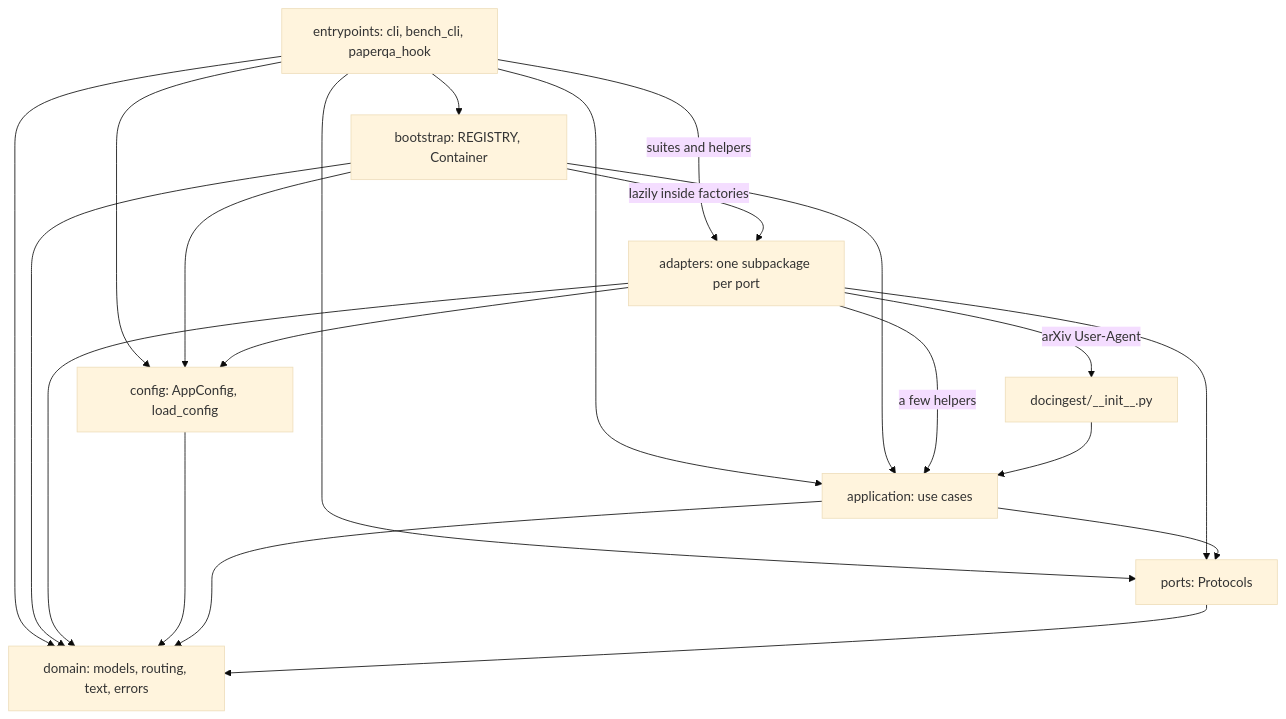
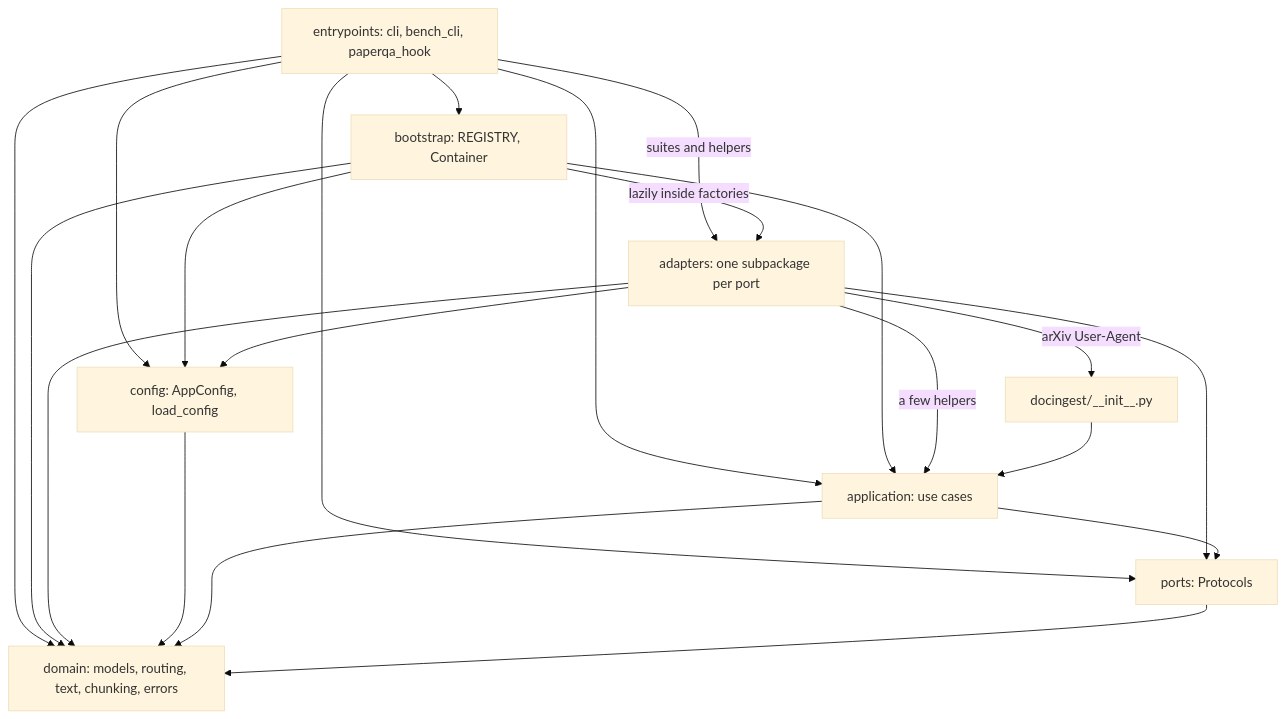
One commit to etxsA/doc-ingest changed the first of 3 diagrams in packages/docingest/src/docingest/README.md. Above: the diagram before and after it, drawn with Mermaid (base theme). The commit also changed other lines of this file and 9 other files, not shown here.

````diff
--- a/packages/docingest/src/docingest/README.md
+++ b/packages/docingest/src/docingest/README.md
@@ -72,32 +72,32 @@
 ```mermaid
 flowchart TD
     EP["entrypoints: cli, bench_cli, paperqa_hook"]
     BOOT["bootstrap: REGISTRY, Container"]
     AD["adapters: one subpackage per port"]
     CFG["config: AppConfig, load_config"]
     APP["application: use cases"]
     PORTS["ports: Protocols"]
-    DOM["domain: models, routing, text, errors"]
+    DOM["domain: models, routing, text, chunking, errors"]
     INIT["docingest/__init__.py"]
 
     EP --> BOOT
     EP --> CFG
     EP --> APP
     EP --> PORTS
     EP --> DOM
     EP -->|suites and helpers| AD
     BOOT -->|lazily inside factories| AD
     BOOT --> CFG
     BOOT --> APP
     BOOT --> DOM
     AD --> CFG
     AD -->|a few helpers| APP
     AD --> PORTS
     AD --> DOM
     AD -->|arXiv User-Agent| INIT
     CFG --> DOM
     APP --> PORTS
     APP --> DOM
     PORTS --> DOM
     INIT --> APP
 ```
````
